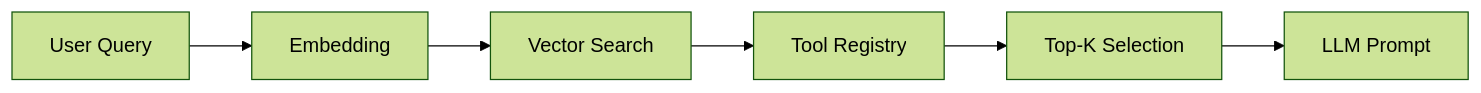
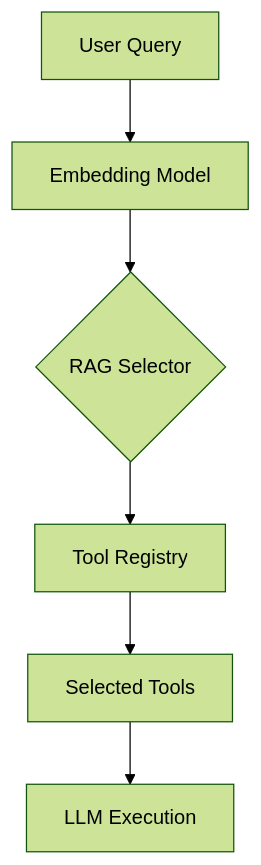
One commit to Zeeeepa/code-buddy changed the diagram in .codebuddy/docs/5-tools.md. Above: the diagram before and after it, drawn with Mermaid (forest theme). The commit also changed other lines of this file and 29 other files, not shown here.

````diff
--- a/.codebuddy/docs/5-tools.md
+++ b/.codebuddy/docs/5-tools.md
@@ -39,8 +36,8 @@
 ```mermaid
-graph LR
-    A[User Query] --> B[Embedding]
-    B --> C[Vector Search]
+graph TD
+    A[User Query] --> B[Embedding Model]
+    B --> C{RAG Selector}
     C --> D[Tool Registry]
-    D --> E[Top-K Selection]
-    E --> F[LLM Prompt]
+    D --> E[Selected Tools]
+    E --> F[LLM Execution]
 ```
````
